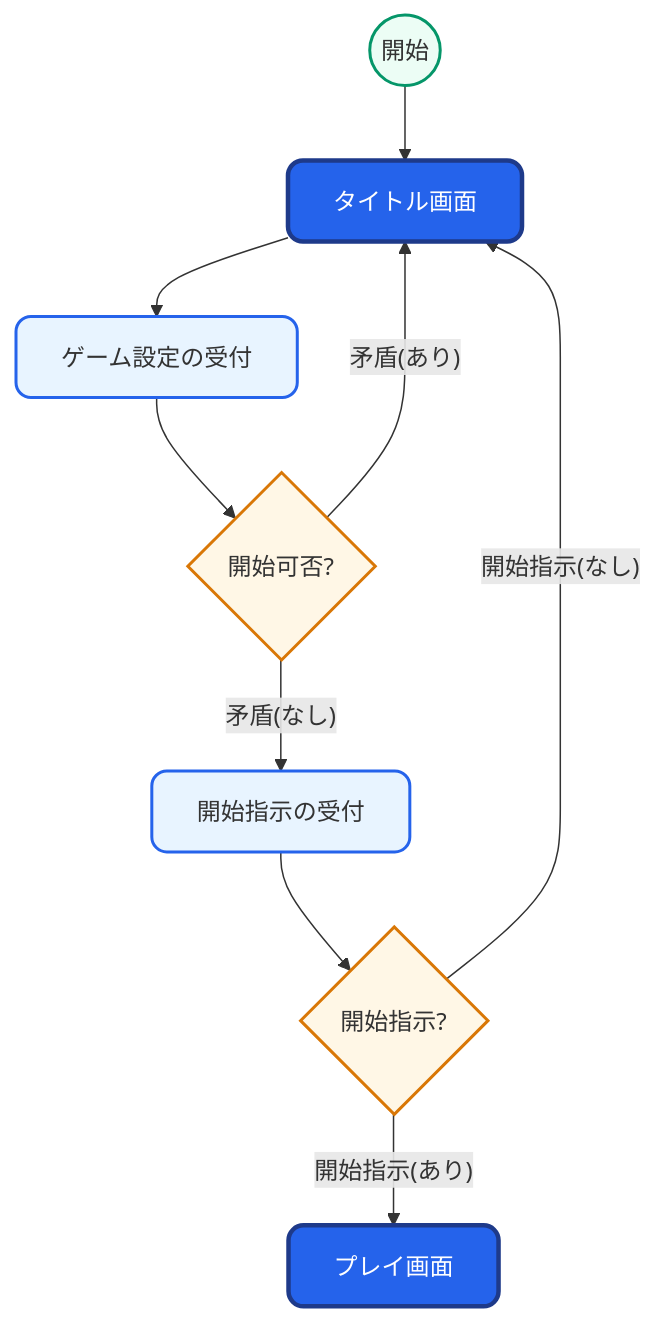
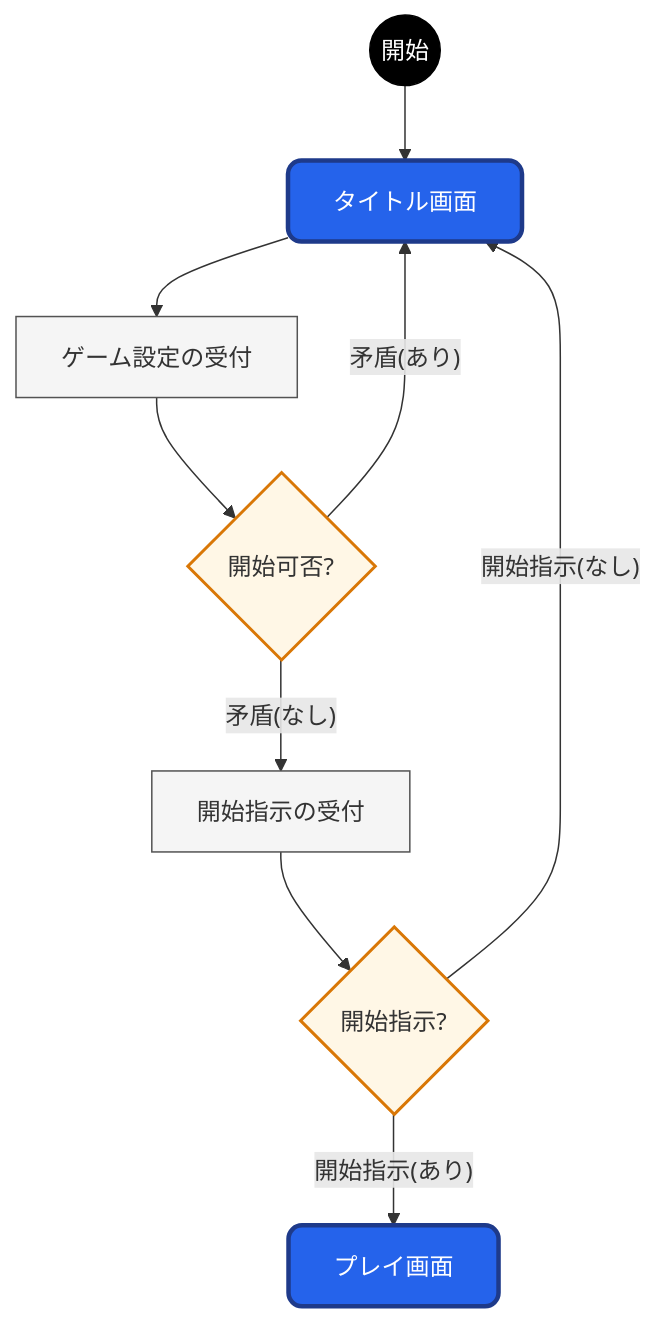
One commit to kureha001/MMP changed the fifth of 7 diagrams in ゲーム/01_MechBullets/README/30_シーン管理.MD. Above: the diagram before and after it, drawn with Mermaid. The commit also changed other lines of this file and 1 other file, not shown here.

````diff
--- a/ゲーム/01_MechBullets/README/30_シーン管理.MD
+++ b/ゲーム/01_MechBullets/README/30_シーン管理.MD
@@ -143,27 +156,28 @@
 ```mermaid
 flowchart TB
-%% ==== Styles ====
-classDef highlight fill:#2563eb,color:#ffffff,stroke:#1e3a8a,stroke-width:3px,rx:10,ry:10;
-classDef decision  fill:#fff7e6,stroke:#d97706,stroke-width:2px;
-classDef startNode fill:#ecfdf5,stroke:#059669,stroke-width:2px,rx:10,ry:10;
-classDef screen    fill:#e8f4ff,stroke:#2563eb,stroke-width:2px,rx:10,ry:10;
+%% ==== 書式 ====
+classDef 開始 fill:#000000,color:#ffffff,stroke:#000000;
+classDef 画面 fill:#2563eb,color:#ffffff,stroke:#1e3a8a,stroke-width:3px,rx:9,ry:9;
+classDef サブ fill:#e8f4ff,stroke:#2563eb,stroke-width:2px,rx:9,ry:9;
+classDef 処理 fill:#f5f5f5,stroke:#535353;
+classDef 分岐 fill:#fff7e6,stroke:#d97706,stroke-width:2px;
 
-%% ==== Nodes ====
-start((開始)):::startNode;
-title[タイトル画面]:::highlight;
-gameSetting[ゲーム設定の受付]:::screen;
-choicePossible{開始可否?}:::decision;
-startReception[開始指示の受付]:::screen;
-choiceStart{開始指示?}:::decision;
-play[プレイ画面]:::highlight;
+%% ==== ノード ====
+start((開始)):::開始;
+title[タイトル画面]:::画面;
+gameSetting[ゲーム設定の受付]:::処理;
+choicePossible{開始可否?}:::分岐;
+startReception[開始指示の受付]:::処理;
+choiceStart{開始指示?}:::分岐;
+play[プレイ画面]:::画面;
 
-%% ==== Flow ====
+%% ==== 処理順序 ====
 start --> title;
 title --> gameSetting;
 gameSetting --> choicePossible;
 choicePossible -- 矛盾(あり) --> title;
 choicePossible -- 矛盾(なし) --> startReception;
 startReception --> choiceStart;
 choiceStart -- 開始指示(なし) --> title;
 choiceStart -- 開始指示(あり) --> play;
 ```
````
